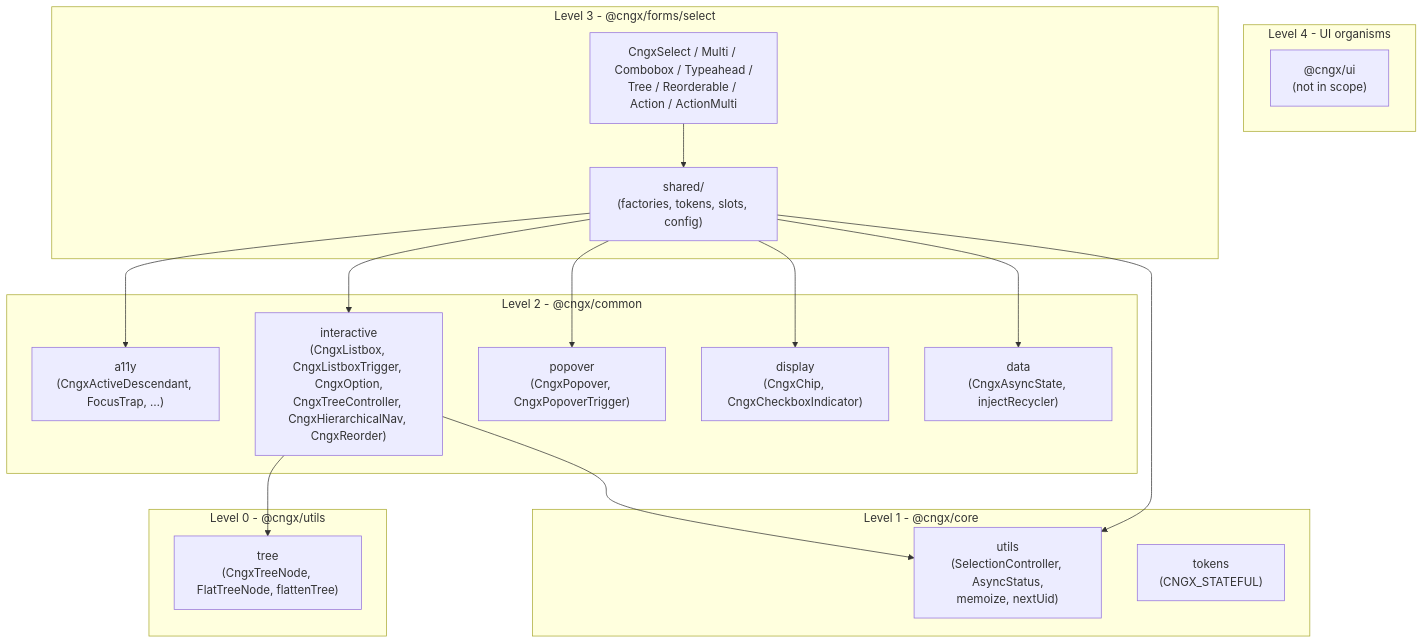
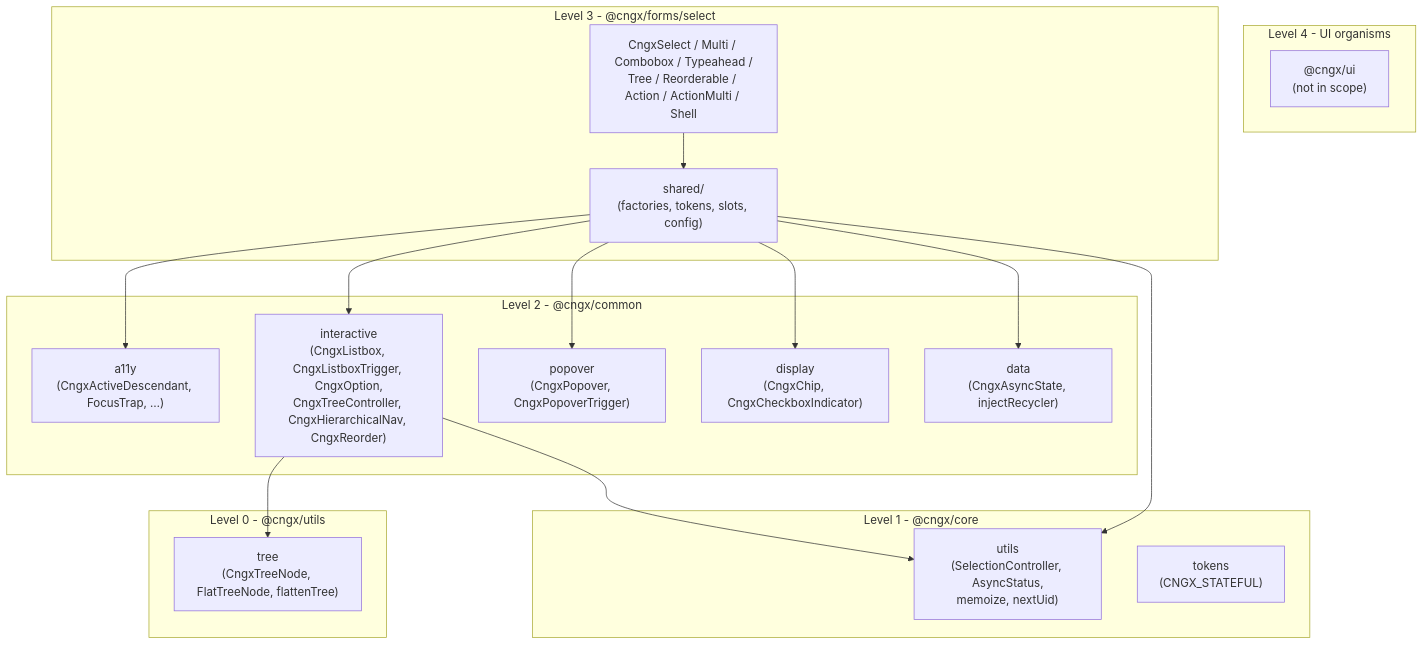
Before and after one commit to cngxjs/cngx: the first of 8 diagrams in projects/forms/select/ARCHITECTURE.md, drawn with Mermaid. The commit also changed other lines of this file and 135 other files, not shown here.

````diff
--- a/projects/forms/select/ARCHITECTURE.md
+++ b/projects/forms/select/ARCHITECTURE.md
@@ -79,38 +80,38 @@
 ```mermaid
 graph TD
   subgraph L4["Level 4 - UI organisms"]
     UI["@cngx/ui<br/>(not in scope)"]
   end
 
   subgraph L3["Level 3 - @cngx/forms/select"]
-    Variants["CngxSelect / Multi / Combobox / Typeahead /<br/>Tree / Reorderable / Action / ActionMulti"]
+    Variants["CngxSelect / Multi / Combobox / Typeahead /<br/>Tree / Reorderable / Action / ActionMulti / Shell"]
     Shared["shared/<br/>(factories, tokens, slots, config)"]
     Variants --> Shared
   end
 
   subgraph L2["Level 2 - @cngx/common"]
     A11y["a11y<br/>(CngxActiveDescendant, FocusTrap, …)"]
     Interactive["interactive<br/>(CngxListbox, CngxListboxTrigger, CngxOption,<br/>CngxTreeController, CngxHierarchicalNav, CngxReorder)"]
     Popover["popover<br/>(CngxPopover, CngxPopoverTrigger)"]
     Display["display<br/>(CngxChip, CngxCheckboxIndicator)"]
     Data["data<br/>(CngxAsyncState, injectRecycler)"]
   end
 
   subgraph L1["Level 1 - @cngx/core"]
     CoreUtils["utils<br/>(SelectionController, AsyncStatus,<br/>memoize, nextUid)"]
     Tokens["tokens<br/>(CNGX_STATEFUL)"]
   end
 
   subgraph L0["Level 0 - @cngx/utils"]
     TreeUtils["tree<br/>(CngxTreeNode, FlatTreeNode, flattenTree)"]
   end
 
   Shared --> A11y
   Shared --> Interactive
   Shared --> Popover
   Shared --> Display
   Shared --> Data
   Interactive --> CoreUtils
   Interactive --> TreeUtils
   Shared --> CoreUtils
 ```
````
